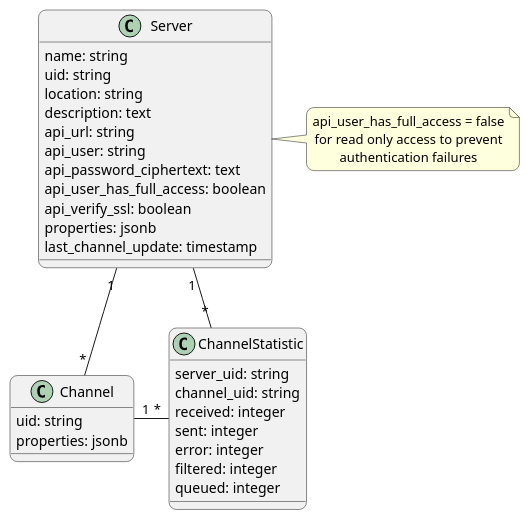
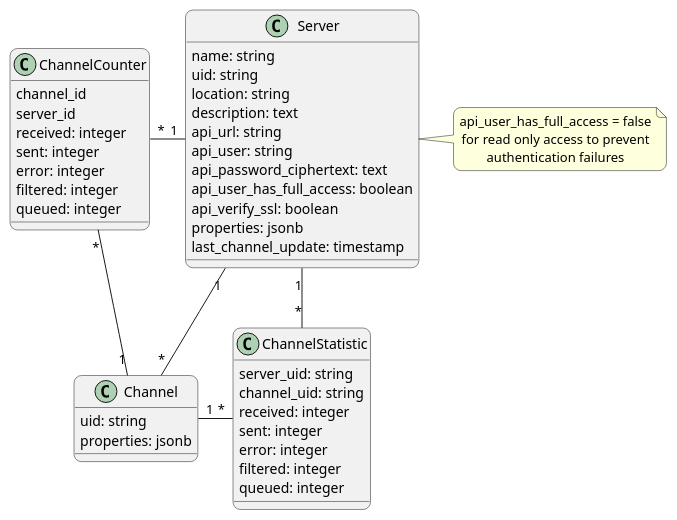
The diagram in doc/dev-notes/modules/ROOT/images/models.puml (swobspace/mirco), drawn with PlantUML before and after one commit. The commit also changed 10 other files, not shown here.

Commit message:
create model channel_counter and add hypertable

```diff
--- a/doc/dev-notes/modules/ROOT/images/models.puml
+++ b/doc/dev-notes/modules/ROOT/images/models.puml
@@ -1,44 +1,56 @@
 @startuml
 top to bottom direction
 skinparam defaultTextAlignment center
 skinparam roundCorner 15
 
 class Server  {
   name: string
   uid: string
   location: string
   description: text
   api_url: string
   api_user: string
   api_password_ciphertext: text
   api_user_has_full_access: boolean
   api_verify_ssl: boolean
   properties: jsonb
   last_channel_update: timestamp
 }
 note right of Server
   api_user_has_full_access = false
   for read only access to prevent
   authentication failures
 end note
 
 class Channel {
   uid: string
   properties: jsonb
 }
 
 class ChannelStatistic {
   server_uid: string
   channel_uid: string
   received: integer
   sent: integer
   error: integer
   filtered: integer
   queued: integer
 }
 
+class ChannelCounter {
+  channel_id
+  server_id
+  received: integer
+  sent: integer
+  error: integer
+  filtered: integer
+  queued: integer
+}
+
 Server "1" -- "*" Channel
 Server "1" - "*" ChannelStatistic
 Channel "1" - "*" ChannelStatistic
+ChannelCounter "*" - "1" Server
+ChannelCounter "*" -- "1" Channel
 
 @enduml
```
